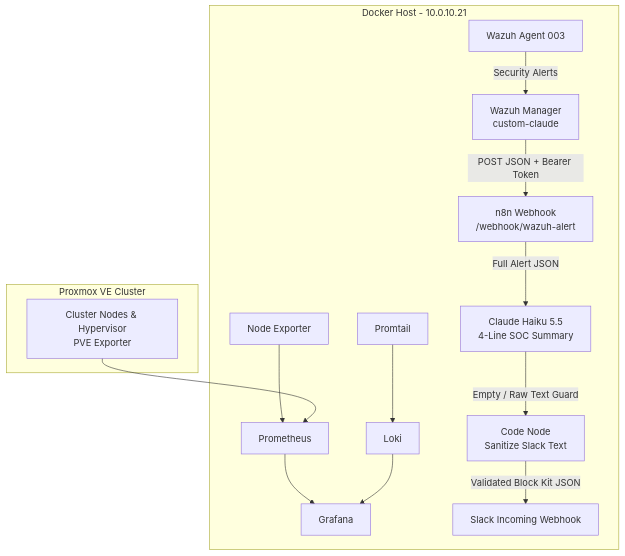
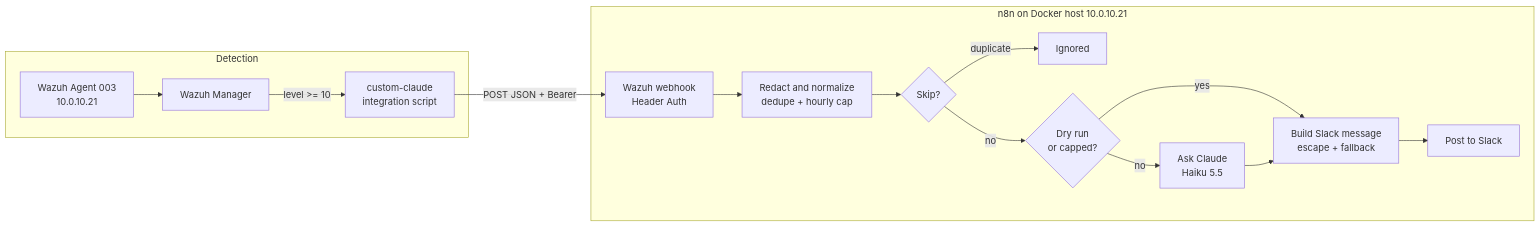
One commit to brypreez/soc-ai-triage changed the diagram in README.md. Above: the diagram before and after it, drawn with Mermaid. The commit also changed other lines of this file, not shown here.

````diff
--- a/README.md
+++ b/README.md
@@ -58,19 +30,20 @@
 ```mermaid
-flowchart TD
-    subgraph PVE [Proxmox VE Cluster]
-        H1[Cluster Nodes & Hypervisor\nPVE Exporter]
+flowchart LR
+    subgraph DET [Detection]
+        WA[Wazuh Agent 003<br/>10.0.10.21] --> WM[Wazuh Manager]
+        WM -->|level >= 10| INT[custom-claude<br/>integration script]
     end
-
-    subgraph HOST [Docker Host - 10.0.10.21]
-        WA[Wazuh Agent 003] -->|Security Alerts| WM[Wazuh Manager\ncustom-claude]
-        NE[Node Exporter] --> PROM[Prometheus]
-        H1 --> PROM
-        PT[Promtail] --> LOKI[Loki]
-        PROM --> GRAF[Grafana]
-        LOKI --> GRAF
-        WM -->|POST JSON + Bearer Token| N8N[n8n Webhook\n/webhook/wazuh-alert]
-        N8N -->|Full Alert JSON| CLAUDE[Claude Haiku 5.5\n4-Line SOC Summary]
-        CLAUDE -->|Empty / Raw Text Guard| SANITIZE[Code Node\nSanitize Slack Text]
-        SANITIZE -->|Validated Block Kit JSON| SLACK[Slack Incoming Webhook]
+ 
+    subgraph N8N [n8n on Docker host 10.0.10.21]
+        WH[Wazuh webhook<br/>Header Auth] --> RN[Redact and normalize<br/>dedupe + hourly cap]
+        RN --> SK{Skip?}
+        SK -->|duplicate| IG[Ignored]
+        SK -->|no| DR{Dry run<br/>or capped?}
+        DR -->|no| AC[Ask Claude<br/>Haiku 5.5]
+        DR -->|yes| BS
+        AC --> BS[Build Slack message<br/>escape + fallback]
+        BS --> SL[Post to Slack]
     end
+ 
+    INT -->|POST JSON + Bearer| WH
 ```
````
